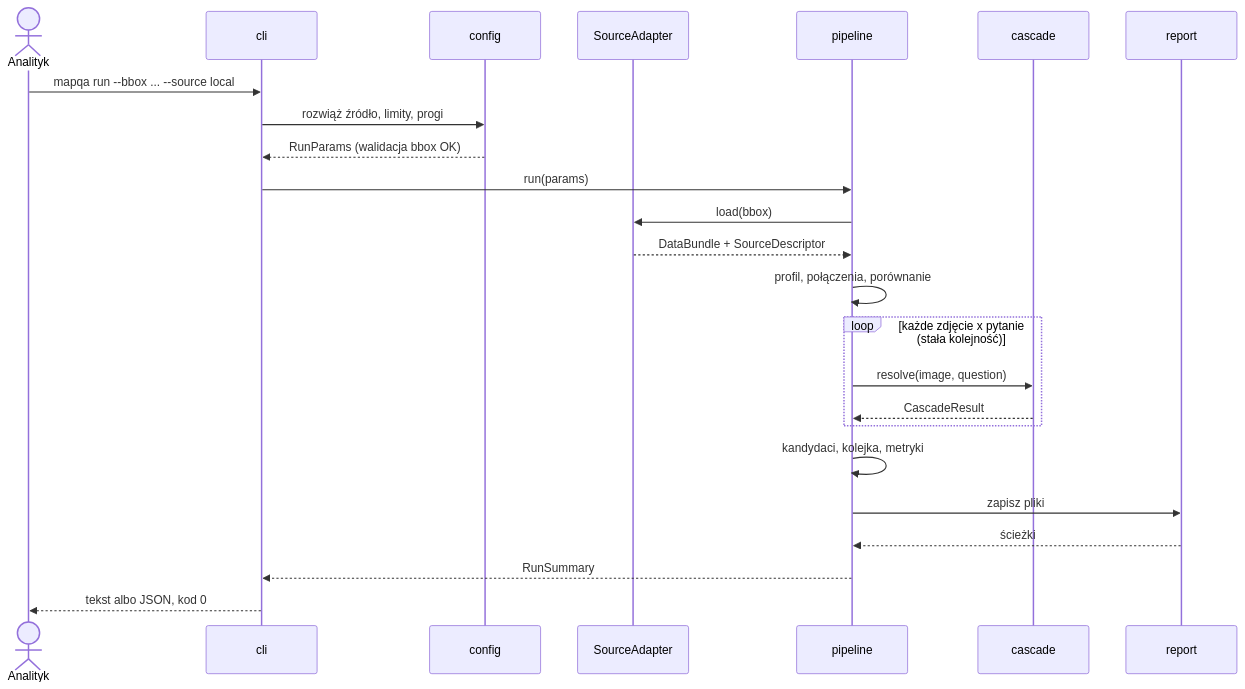
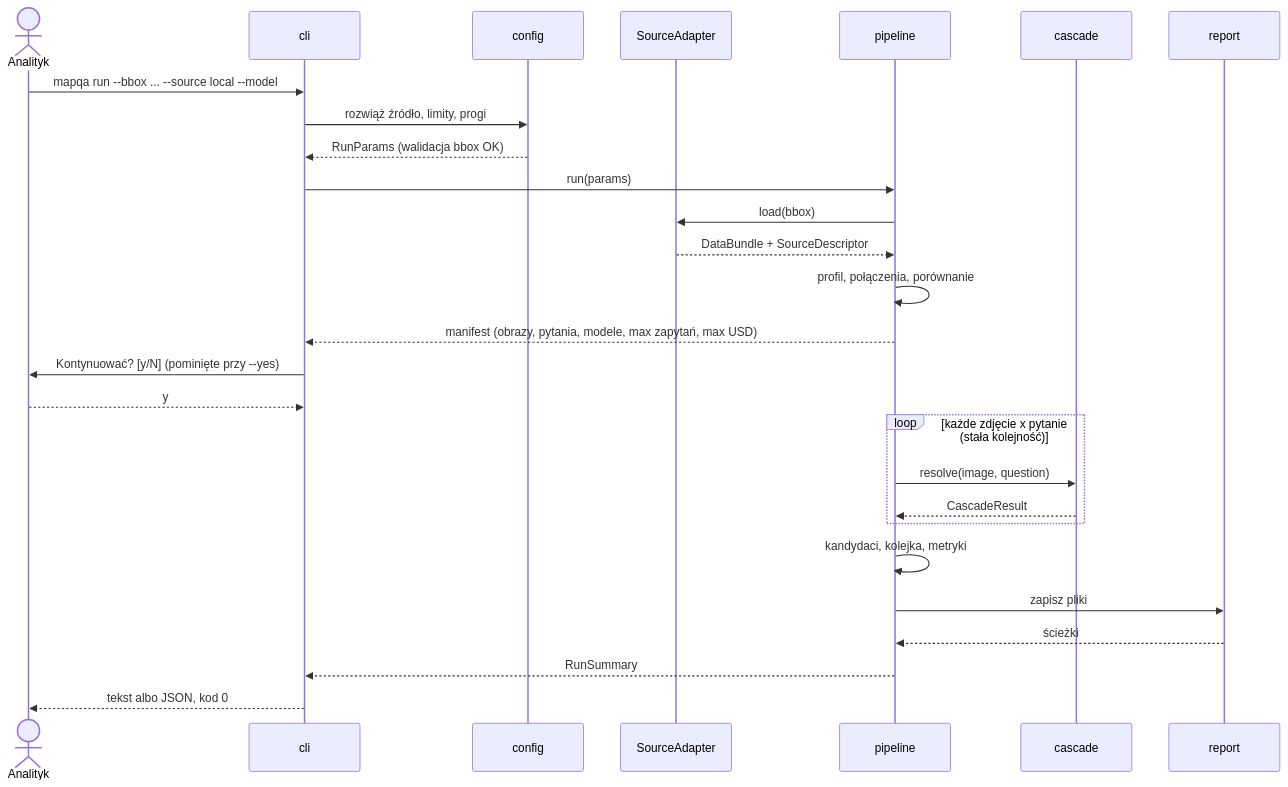
One commit to kamil02112026/jsystems-claude-codex-gis-2026-11_KL changed the third of 5 diagrams in docs/ADR/000-main-architecture.md. Above: the diagram before and after it, drawn with Mermaid. The commit also changed other lines of this file and 3 other files, not shown here.

First line of the commit message:
Docs: make paid model calls opt-in with confirmed cost manifest

````diff
--- a/docs/ADR/000-main-architecture.md
+++ b/docs/ADR/000-main-architecture.md
@@ -416,26 +431,29 @@
 ```mermaid
 sequenceDiagram
   actor U as Analityk
   participant CLI as cli
   participant CFG as config
   participant SRC as SourceAdapter
   participant P as pipeline
   participant CAS as cascade
   participant REP as report
-  U->>CLI: mapqa run --bbox ... --source local
+  U->>CLI: mapqa run --bbox ... --source local --model
   CLI->>CFG: rozwiąż źródło, limity, progi
   CFG-->>CLI: RunParams (walidacja bbox OK)
   CLI->>P: run(params)
   P->>SRC: load(bbox)
   SRC-->>P: DataBundle + SourceDescriptor
   P->>P: profil, połączenia, porównanie
+  P-->>CLI: manifest (obrazy, pytania, modele, max zapytań, max USD)
+  CLI->>U: Kontynuować? [y/N] (pominięte przy --yes)
+  U-->>CLI: y
   loop każde zdjęcie x pytanie (stała kolejność)
     P->>CAS: resolve(image, question)
     CAS-->>P: CascadeResult
   end
   P->>P: kandydaci, kolejka, metryki
   P->>REP: zapisz pliki
   REP-->>P: ścieżki
   P-->>CLI: RunSummary
   CLI-->>U: tekst albo JSON, kod 0
 ```
````
